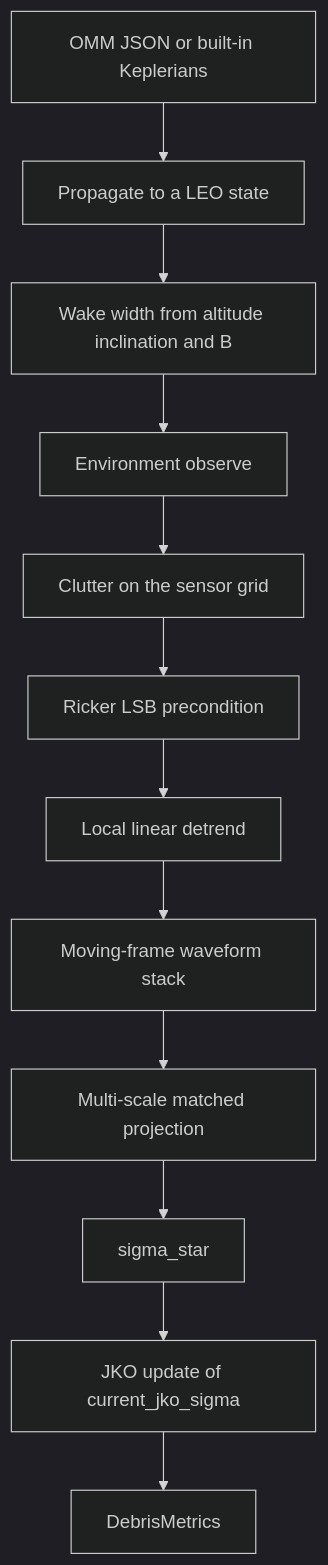
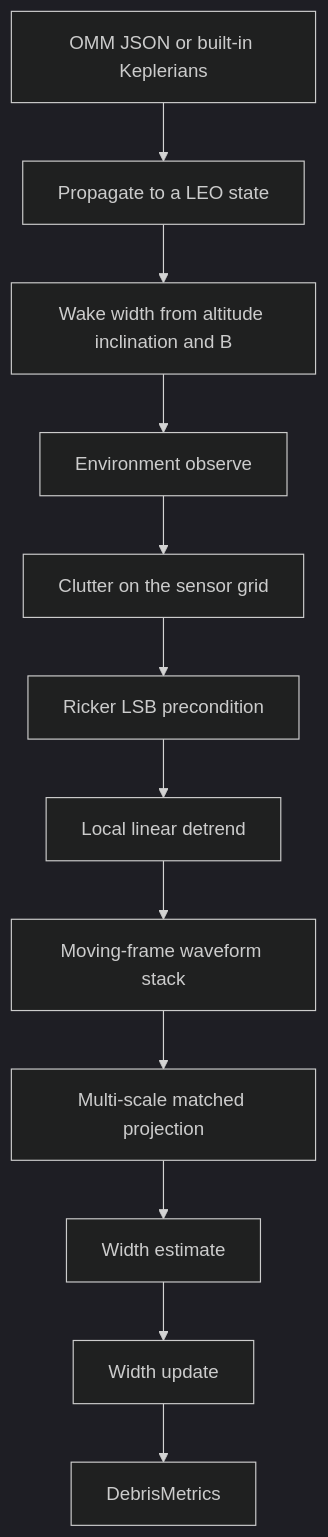
The diagram in diagrams/data-flow.mmd (code4johnm/sinatra_audit), drawn with Mermaid (dark theme) before and after one commit. The commit also changed 6 other files, not shown here.

First line of the commit message:
Render audit equations as Unicode and repair diagrams.

```diff
--- a/diagrams/data-flow.mmd
+++ b/diagrams/data-flow.mmd
@@ -1,25 +1,25 @@
 graph TD
   omm[OMM JSON or built-in Keplerians]
   leo[Propagate to a LEO state]
   wake[Wake width from altitude inclination and B]
   obs[Environment observe]
   snr[Clutter on the sensor grid]
   ricker["Ricker LSB precondition"]
   trend["Local linear detrend"]
   stack["Moving-frame waveform stack"]
   match["Multi-scale matched projection"]
-  sigma["sigma_star"]
-  jko["JKO update of current_jko_sigma"]
+  sigma[Width estimate]
+  jko[Width update]
   metrics["DebrisMetrics"]
 
   omm --> leo
   leo --> wake
   wake --> obs
   obs --> snr
   snr --> ricker
   ricker --> trend
   trend --> stack
   stack --> match
   match --> sigma
   sigma --> jko
   jko --> metrics
```
